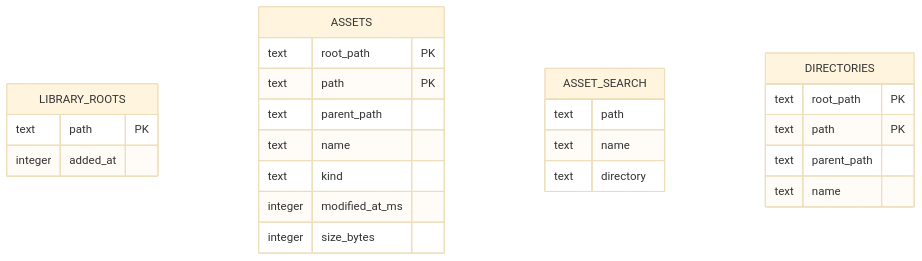
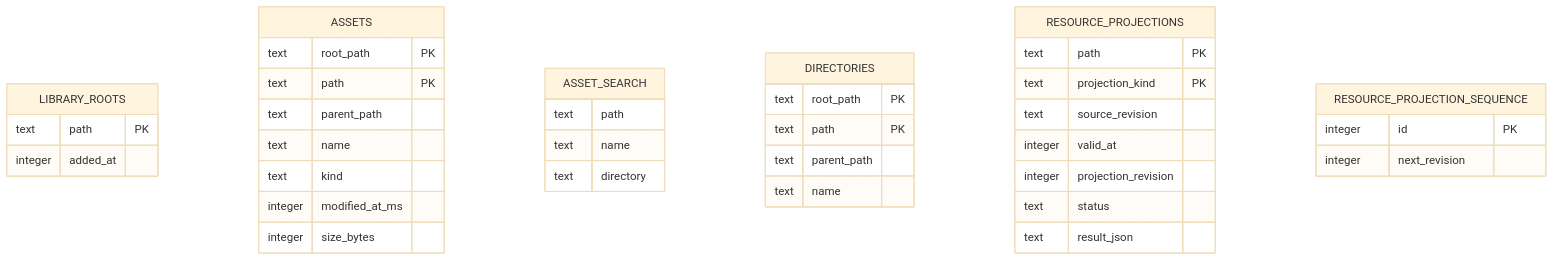
One commit to oxygenkun/oxyviewer changed the second of 3 diagrams in docs/architecture/05-data-and-state.md. Above: the diagram before and after it, drawn with Mermaid (base theme). The commit also changed other lines of this file and 33 other files, not shown here.

First line of the commit message:
refactor(state): centralize resource projections in Rust

````diff
--- a/docs/architecture/05-data-and-state.md
+++ b/docs/architecture/05-data-and-state.md
@@ -76,27 +81,40 @@
 ```mermaid
 erDiagram
     LIBRARY_ROOTS {
         text path PK
         integer added_at
     }
     ASSETS {
         text root_path PK
         text path PK
         text parent_path
         text name
         text kind
         integer modified_at_ms
         integer size_bytes
     }
     ASSET_SEARCH {
         text path
         text name
         text directory
     }
     DIRECTORIES {
         text root_path PK
         text path PK
         text parent_path
         text name
     }
+    RESOURCE_PROJECTIONS {
+        text path PK
+        text projection_kind PK
+        text source_revision
+        integer valid_at
+        integer projection_revision
+        text status
+        text result_json
+    }
+    RESOURCE_PROJECTION_SEQUENCE {
+        integer id PK
+        integer next_revision
+    }
 ```
````
